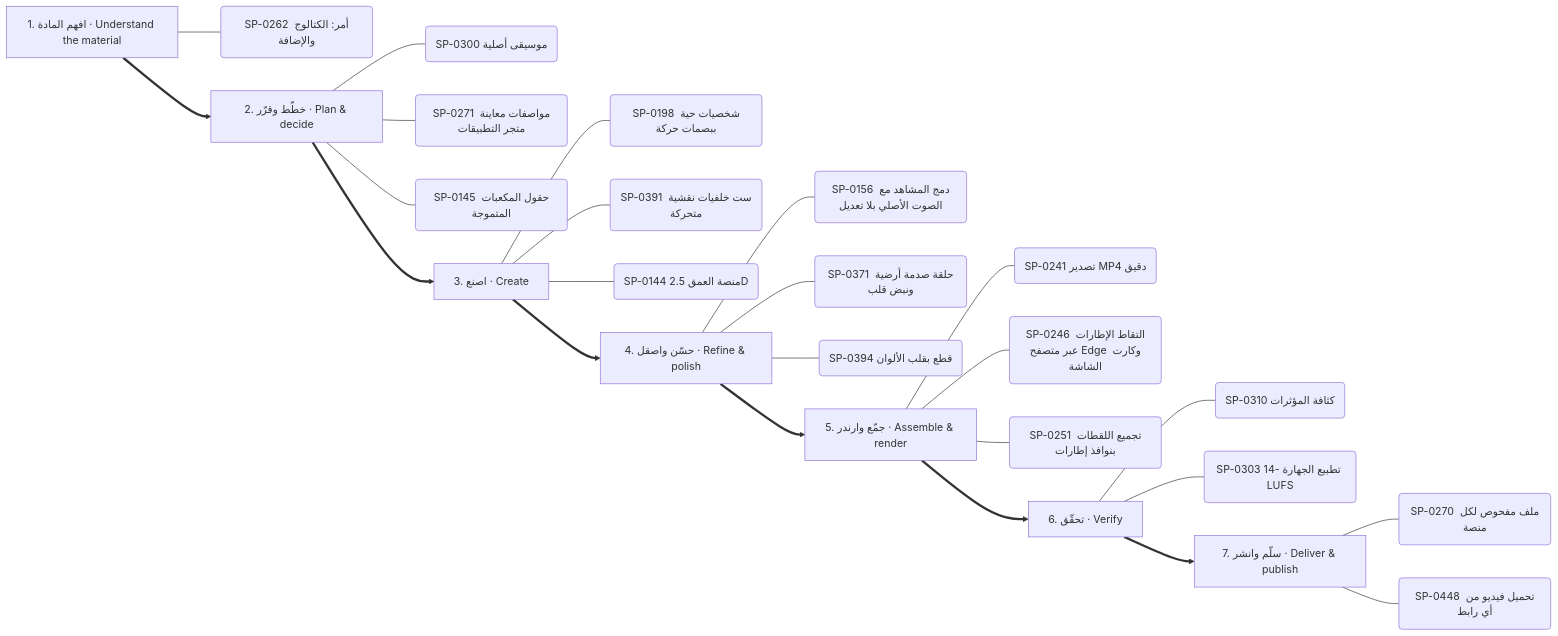
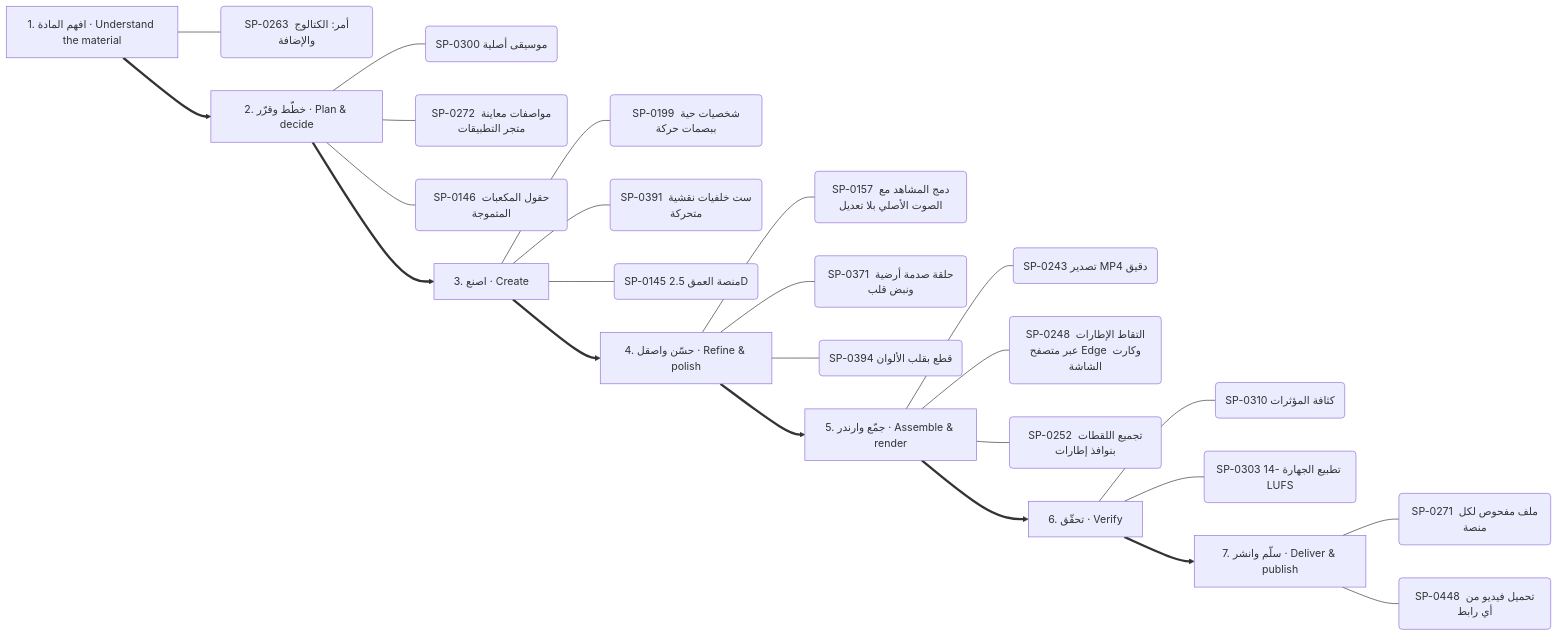
One commit to kosif199022-jpg/kosif-tool changed the fourth of 13 diagrams in .claude/skills/kosif-superpowers/references/capability-mindmap.md. Above: the diagram before and after it, drawn with Mermaid. The commit also changed other lines of this file and 51 other files, not shown here.

````diff
--- a/.claude/skills/kosif-superpowers/references/capability-mindmap.md
+++ b/.claude/skills/kosif-superpowers/references/capability-mindmap.md
@@ -225,33 +225,33 @@
 ```mermaid
 flowchart LR
   S0["1. افهم المادة · Understand the material"]
-  S0 --- S0_0("SP-0262 أمر: الكتالوج والإضافة")
+  S0 --- S0_0("SP-0263 أمر: الكتالوج والإضافة")
   S1["2. خطّط وقرّر · Plan & decide"]
   S1 --- S1_0("SP-0300 موسيقى أصلية")
-  S1 --- S1_1("SP-0271 مواصفات معاينة متجر التطبيقات")
-  S1 --- S1_2("SP-0145 حقول المكعبات المتموجة")
+  S1 --- S1_1("SP-0272 مواصفات معاينة متجر التطبيقات")
+  S1 --- S1_2("SP-0146 حقول المكعبات المتموجة")
   S0 ==> S1
   S2["3. اصنع · Create"]
-  S2 --- S2_0("SP-0198 شخصيات حية ببصمات حركة")
+  S2 --- S2_0("SP-0199 شخصيات حية ببصمات حركة")
   S2 --- S2_1("SP-0391 ست خلفيات نقشية متحركة")
-  S2 --- S2_2("SP-0144 منصة العمق 2.5D")
+  S2 --- S2_2("SP-0145 منصة العمق 2.5D")
   S1 ==> S2
   S3["4. حسّن واصقل · Refine & polish"]
-  S3 --- S3_0("SP-0156 دمج المشاهد مع الصوت الأصلي بلا تعديل")
+  S3 --- S3_0("SP-0157 دمج المشاهد مع الصوت الأصلي بلا تعديل")
   S3 --- S3_1("SP-0371 حلقة صدمة أرضية ونبض قلب")
   S3 --- S3_2("SP-0394 قطع بقلب الألوان")
   S2 ==> S3
   S4["5. جمّع وارندر · Assemble & render"]
-  S4 --- S4_0("SP-0241 تصدير MP4 دقيق")
-  S4 --- S4_1("SP-0246 التقاط الإطارات عبر متصفح Edge وكارت الشاشة")
-  S4 --- S4_2("SP-0251 تجميع اللقطات بنوافذ إطارات")
+  S4 --- S4_0("SP-0243 تصدير MP4 دقيق")
+  S4 --- S4_1("SP-0248 التقاط الإطارات عبر متصفح Edge وكارت الشاشة")
+  S4 --- S4_2("SP-0252 تجميع اللقطات بنوافذ إطارات")
   S3 ==> S4
   S5["6. تحقّق · Verify"]
   S5 --- S5_0("SP-0310 كثافة المؤثرات")
   S5 --- S5_1("SP-0303 تطبيع الجهارة -14 LUFS")
   S4 ==> S5
   S6["7. سلّم وانشر · Deliver & publish"]
-  S6 --- S6_0("SP-0270 ملف مفحوص لكل منصة")
+  S6 --- S6_0("SP-0271 ملف مفحوص لكل منصة")
   S6 --- S6_1("SP-0448 تحميل فيديو من أي رابط")
   S5 ==> S6
 ```
````
